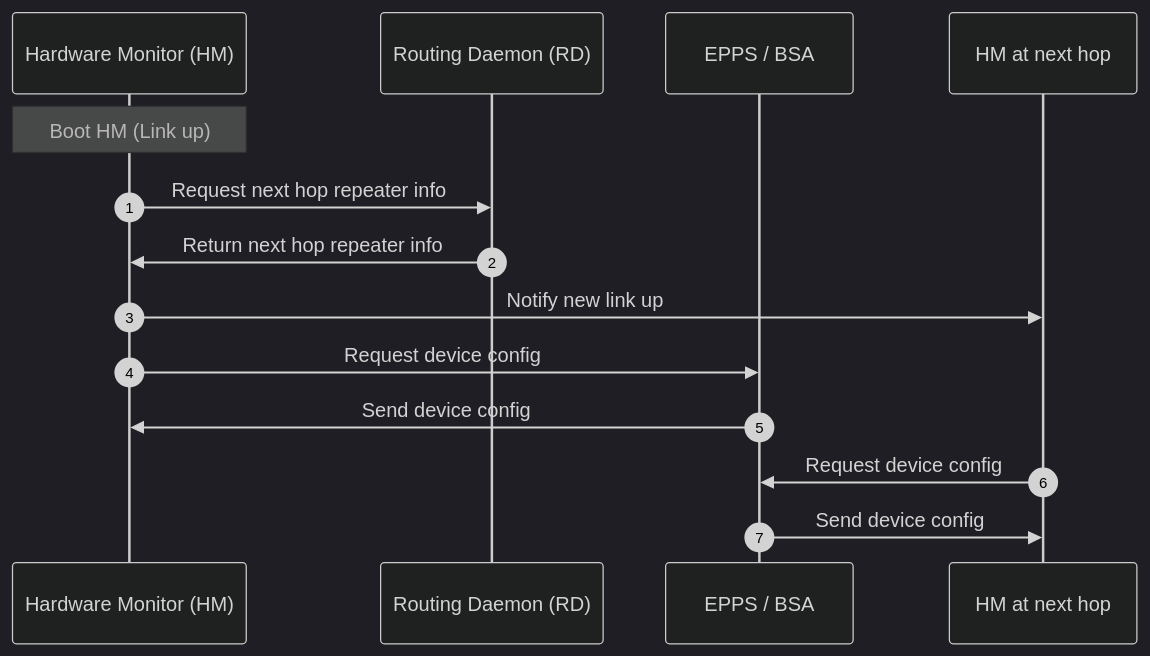
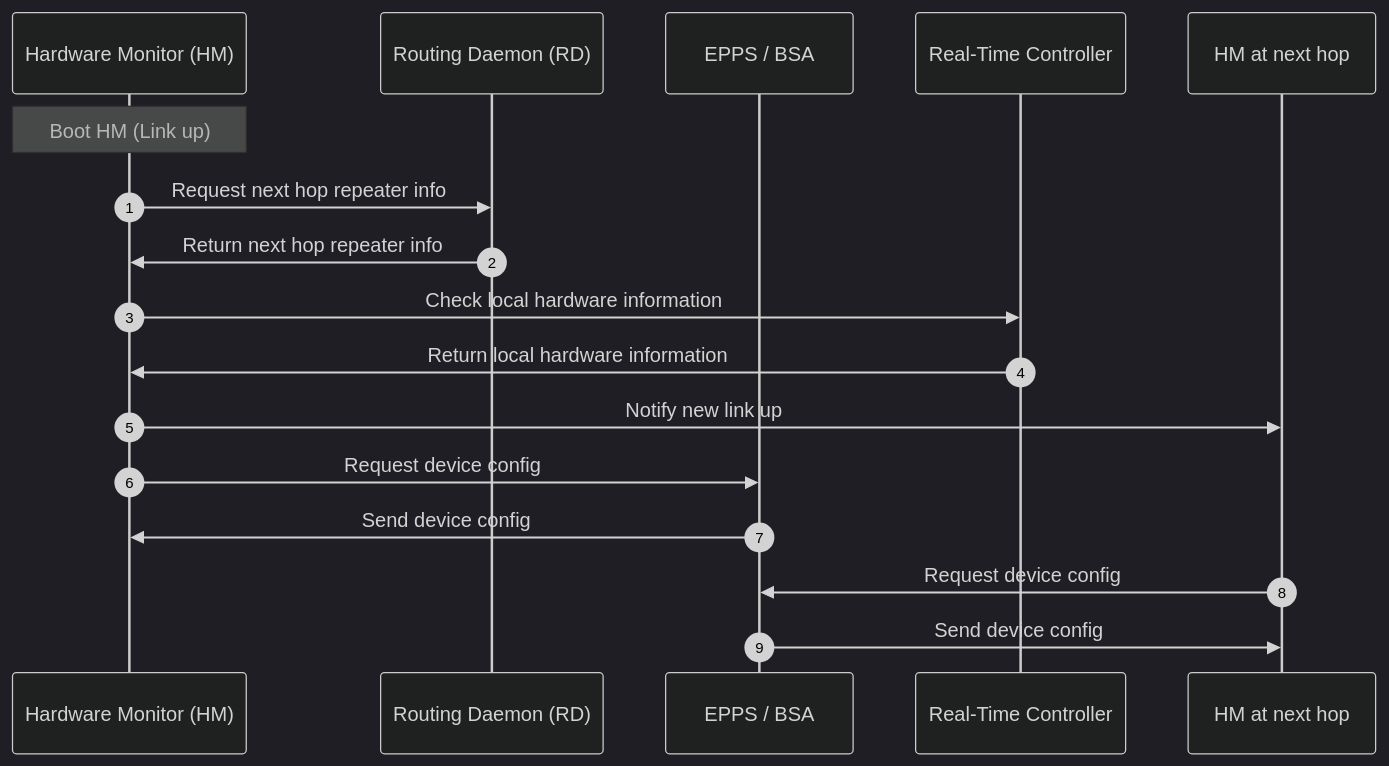
The first of 7 diagrams in hardware_monitor/README.md (sfc-aqua/qrsa), drawn with Mermaid (dark theme) before and after one commit. The commit also changed 2 other files, not shown here.

Commit message:
added sequence diagram for rule engine

````diff
--- a/hardware_monitor/README.md
+++ b/hardware_monitor/README.md
@@ -31,20 +31,24 @@
 ```mermaid
 sequenceDiagram
 autonumber
 
 participant hm as Hardware Monitor (HM)
 participant rd as Routing Daemon (RD)
 participant epbs as EPPS / BSA
+participant rtc as Real-Time Controller
 participant hm2 as HM at next hop
 
 Note over hm: Boot HM (Link up)
 hm ->> rd: Request next hop repeater info
 rd ->> hm: Return next hop repeater info
+
+hm ->> rtc: Check local hardware information
+rtc ->> hm: Return local hardware information
 
 hm ->> hm2: Notify new link up
 hm ->> epbs: Request device config
 epbs ->> hm: Send device config
 
 hm2 ->> epbs: Request device config
 epbs ->> hm2: Send device config
 ```
````
